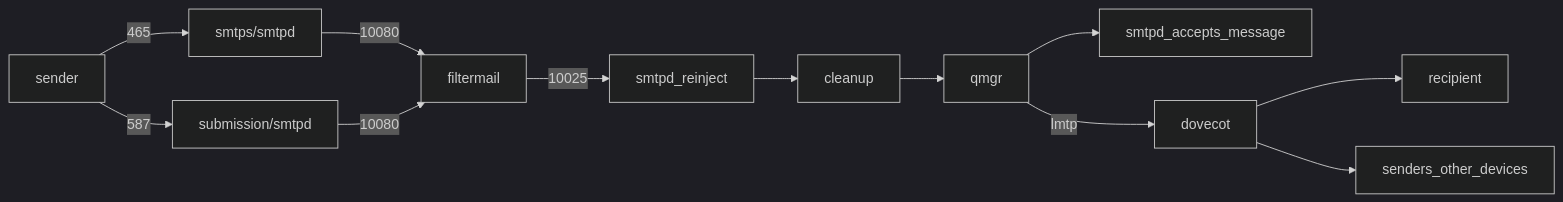
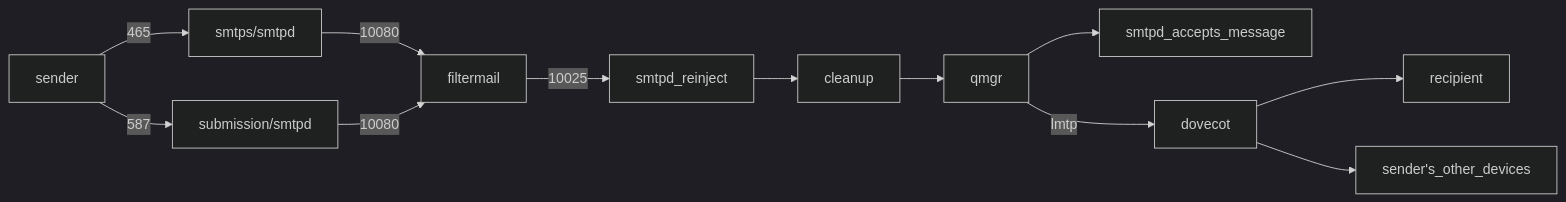
Before and after one commit to chatmail/relay: the second of 2 diagrams in doc/source/overview.rst, drawn with Mermaid (dark theme).

Commit message:
doc: apostrophe for clarity

```diff
--- a/doc/source/overview.rst
+++ b/doc/source/overview.rst
@@ -180,15 +180,15 @@
 .. mermaid::
     :caption: This diagram shows the path a non-federated message takes.
 
     graph LR;
         sender --> |465|smtps/smtpd;
         sender --> |587|submission/smtpd;
         smtps/smtpd --> |10080|filtermail;
         submission/smtpd --> |10080|filtermail;
         filtermail --> |10025|smtpd_reinject;
         smtpd_reinject --> cleanup;
         cleanup --> qmgr;
         qmgr --> smtpd_accepts_message;
         qmgr --> |lmtp|dovecot;
         dovecot --> recipient;
-        dovecot --> senders_other_devices;
+        dovecot --> sender's_other_devices;
```
